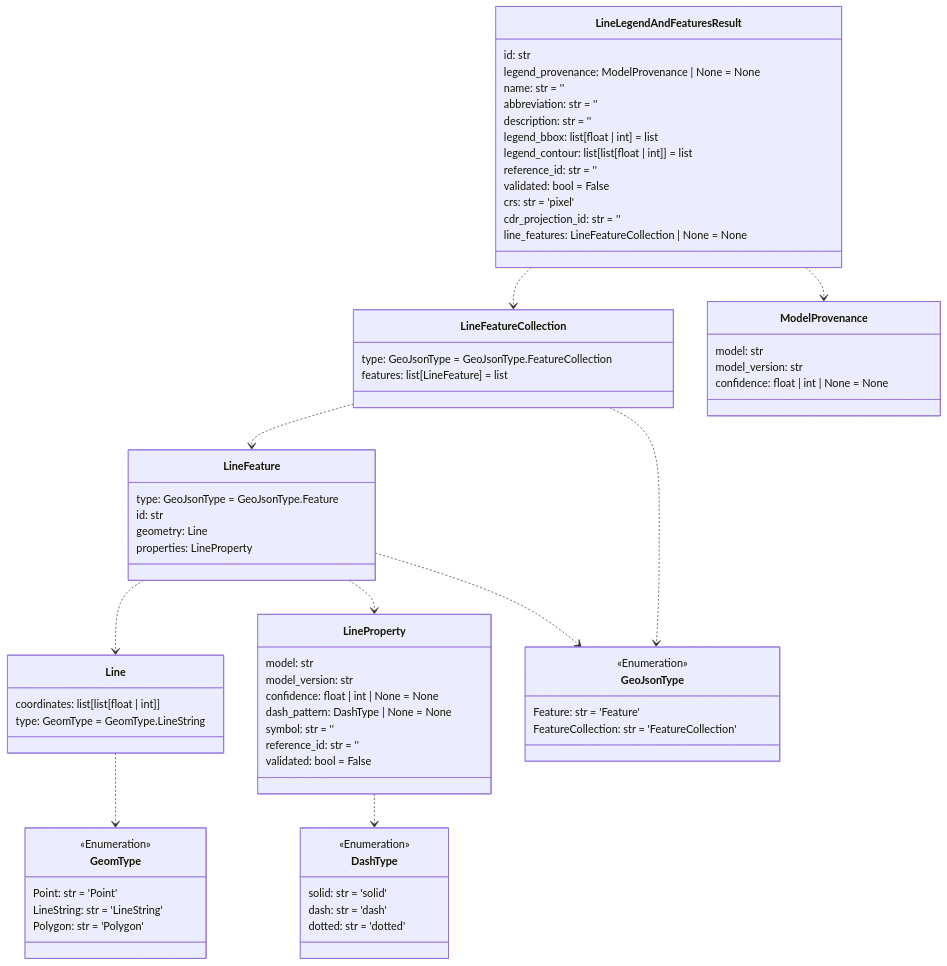
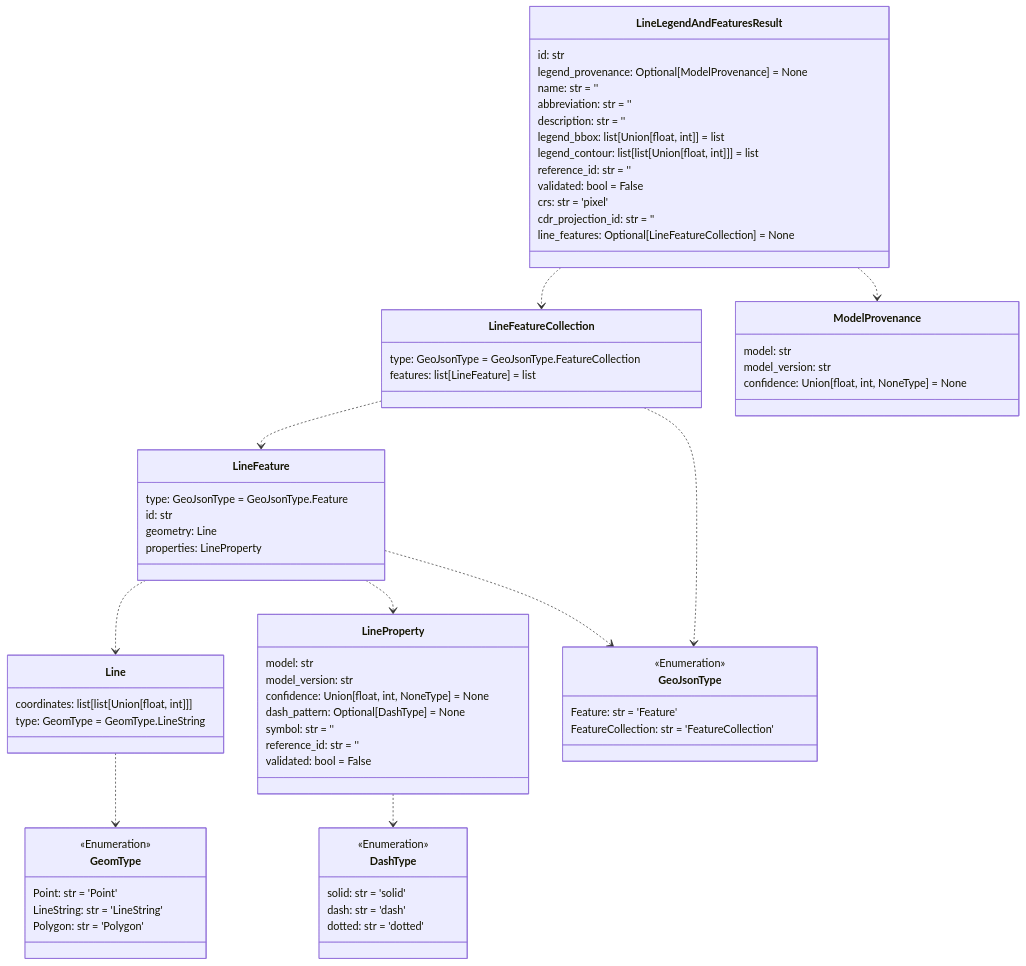
Before and after one commit to DARPA-CRITICALMAAS/cdr_schemas: the sixth of 14 diagrams in README.md, drawn with Mermaid. The commit also changed other lines of this file and 2 other files, not shown here.

````diff
--- a/README.md
+++ b/README.md
@@ -452,83 +452,83 @@
 ```mermaid
 classDiagram
 
     class LineFeature {
         type: GeoJsonType = GeoJsonType.Feature
         id: str
         geometry: Line
         properties: LineProperty
     }
 
-    class Line {
-        coordinates: list[list[float | int]]
-        type: GeomType = GeomType.LineString
+    class GeoJsonType {
+        <<Enumeration>>
+        Feature: str = 'Feature'
+        FeatureCollection: str = 'FeatureCollection'
+    }
+
+    class LineLegendAndFeaturesResult {
+        id: str
+        legend_provenance: Optional[ModelProvenance] = None
+        name: str = ''
+        abbreviation: str = ''
+        description: str = ''
+        legend_bbox: list[Union[float, int]] = list
+        legend_contour: list[list[Union[float, int]]] = list
+        reference_id: str = ''
+        validated: bool = False
+        crs: str = 'pixel'
+        cdr_projection_id: str = ''
+        line_features: Optional[LineFeatureCollection] = None
+    }
+
+    class LineFeatureCollection {
+        type: GeoJsonType = GeoJsonType.FeatureCollection
+        features: list[LineFeature] = list
     }
 
     class GeomType {
         <<Enumeration>>
         Point: str = 'Point'
         LineString: str = 'LineString'
         Polygon: str = 'Polygon'
     }
 
+    class ModelProvenance {
+        model: str
+        model_version: str
+        confidence: Union[float, int, NoneType] = None
+    }
+
     class DashType {
         <<Enumeration>>
         solid: str = 'solid'
         dash: str = 'dash'
         dotted: str = 'dotted'
     }
 
-    class GeoJsonType {
-        <<Enumeration>>
-        Feature: str = 'Feature'
-        FeatureCollection: str = 'FeatureCollection'
-    }
-
-    class LineFeatureCollection {
-        type: GeoJsonType = GeoJsonType.FeatureCollection
-        features: list[LineFeature] = list
-    }
-
-    class LineLegendAndFeaturesResult {
-        id: str
-        legend_provenance: ModelProvenance | None = None
-        name: str = ''
-        abbreviation: str = ''
-        description: str = ''
-        legend_bbox: list[float | int] = list
-        legend_contour: list[list[float | int]] = list
-        reference_id: str = ''
-        validated: bool = False
-        crs: str = 'pixel'
-        cdr_projection_id: str = ''
-        line_features: LineFeatureCollection | None = None
-    }
-
-    class ModelProvenance {
-        model: str
-        model_version: str
-        confidence: float | int | None = None
+    class Line {
+        coordinates: list[list[Union[float, int]]]
+        type: GeomType = GeomType.LineString
     }
 
     class LineProperty {
         model: str
         model_version: str
-        confidence: float | int | None = None
-        dash_pattern: DashType | None = None
+        confidence: Union[float, int, NoneType] = None
+        dash_pattern: Optional[DashType] = None
         symbol: str = ''
         reference_id: str = ''
         validated: bool = False
     }
 
     Line ..> GeomType
     LineProperty ..> DashType
     LineFeature ..> Line
     LineFeature ..> LineProperty
     LineFeature ..> GeoJsonType
     LineFeatureCollection ..> LineFeature
     LineFeatureCollection ..> GeoJsonType
     LineLegendAndFeaturesResult ..> LineFeatureCollection
     LineLegendAndFeaturesResult ..> ModelProvenance
 
 
 ```
````
